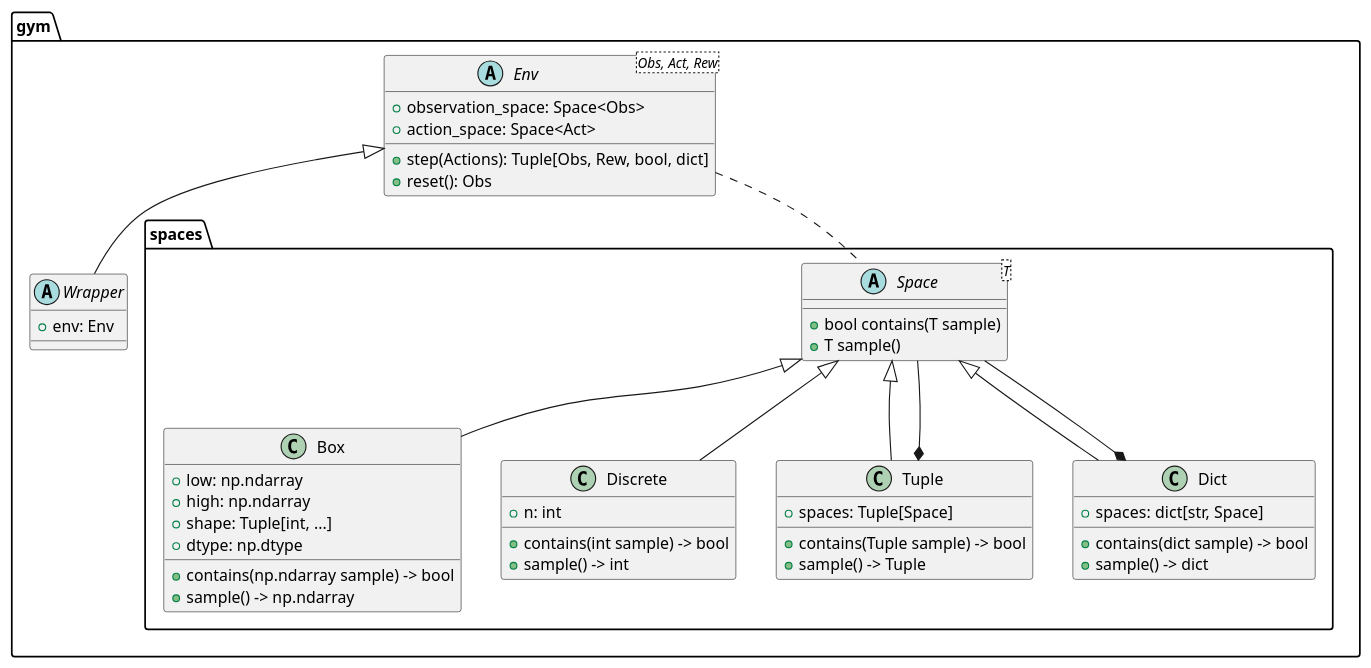
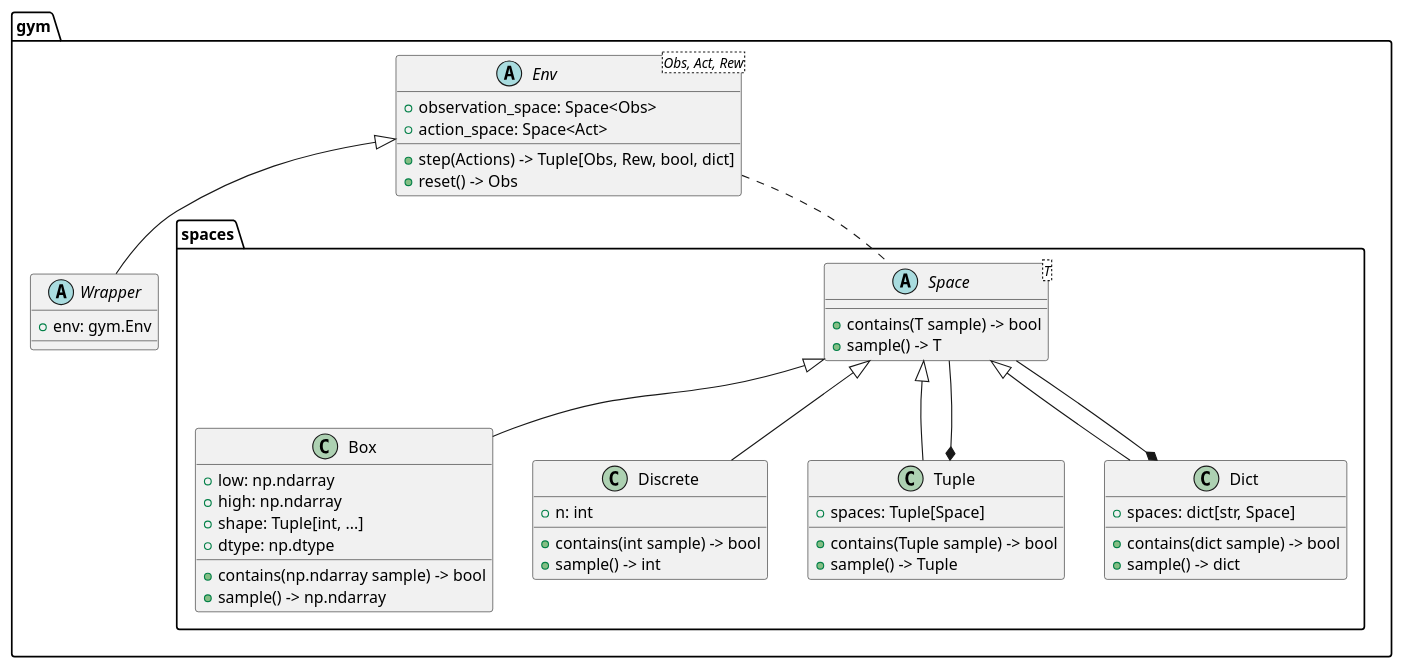
One commit to lebrice/Sequoia changed the diagram in docs/diagrams/src/gym.puml. Above: the diagram before and after it, drawn with PlantUML. The commit also changed 345 other files, not shown here.

```diff
--- a/docs/diagrams/src/gym.puml
+++ b/docs/diagrams/src/gym.puml
@@ -1,55 +1,54 @@
 @startuml gym
 
 package gym {
     package spaces as gym.spaces {
         abstract class Space<T> {
-            + bool contains(T sample) 
-            + T sample()
+            + contains(T sample) -> bool
+            + sample() -> T
         }
-
         class Box extends Space {
             + low: np.ndarray
             + high: np.ndarray
             + shape: Tuple[int, ...]
             + dtype: np.dtype
             + contains(np.ndarray sample) -> bool
             + sample() -> np.ndarray
         }
 
         class Discrete extends Space {
             + n: int
             + contains(int sample) -> bool
             + sample() -> int
         }
 
         class Tuple extends Space {
             + spaces: Tuple[Space]
             + contains(Tuple sample) -> bool
             + sample() -> Tuple
         }
         ' Tuple spaces contain other spaces.
         Tuple *--  Space
 
         class Dict extends Space {
             + spaces: dict[str, Space]
             + contains(dict sample) -> bool
             + sample() -> dict
         }
         ' Same for Dicts.
         Dict *--  Space
     }
 
-    abstract class Env<Obs, Act, Rew>{
+    abstract class gym.Env<Obs, Act, Rew> {
         + observation_space: Space<Obs>
         + action_space: Space<Act> 
-        + step(Actions): Tuple[Obs, Rew, bool, dict]
-        + reset(): Obs
+        + step(Actions) -> Tuple[Obs, Rew, bool, dict]
+        + reset() -> Obs
     }
-    Env .. Space
+    gym.Env .. Space
 
-    abstract class Wrapper extends Env{
-        + env: Env
+    abstract class Wrapper extends gym.Env{
+        + env: gym.Env
     }
 }
 
 @enduml
```
